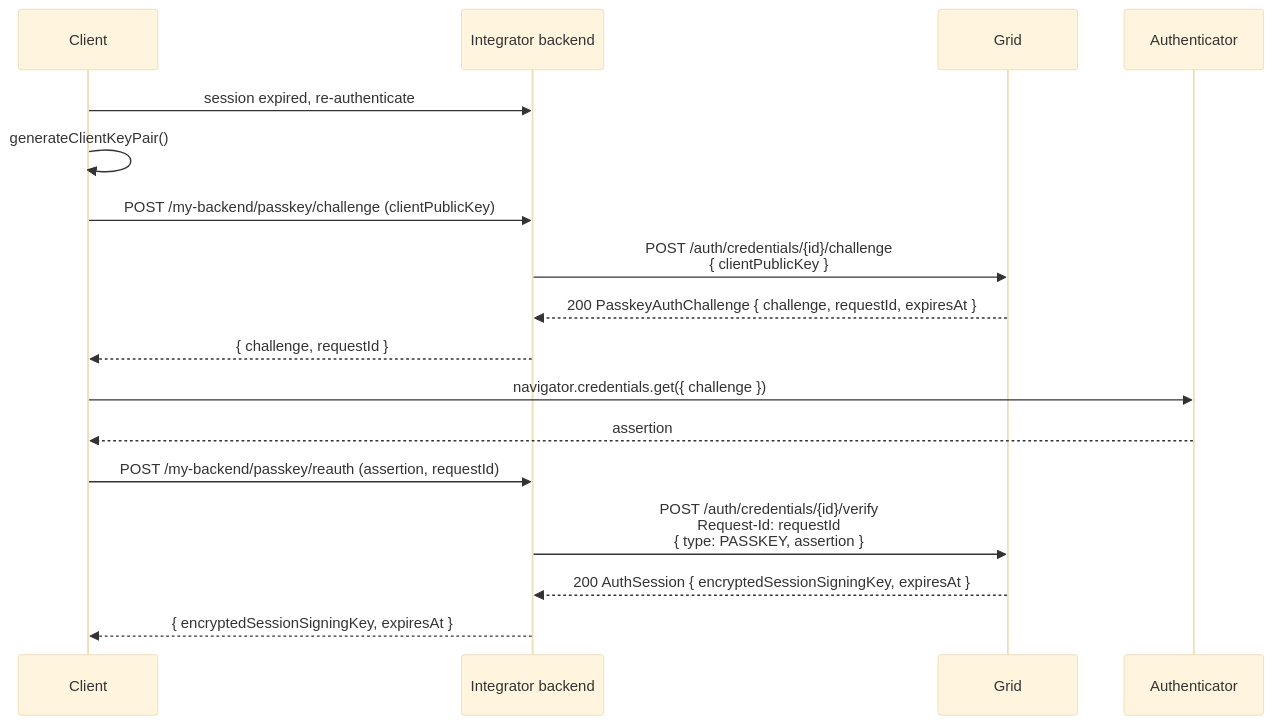
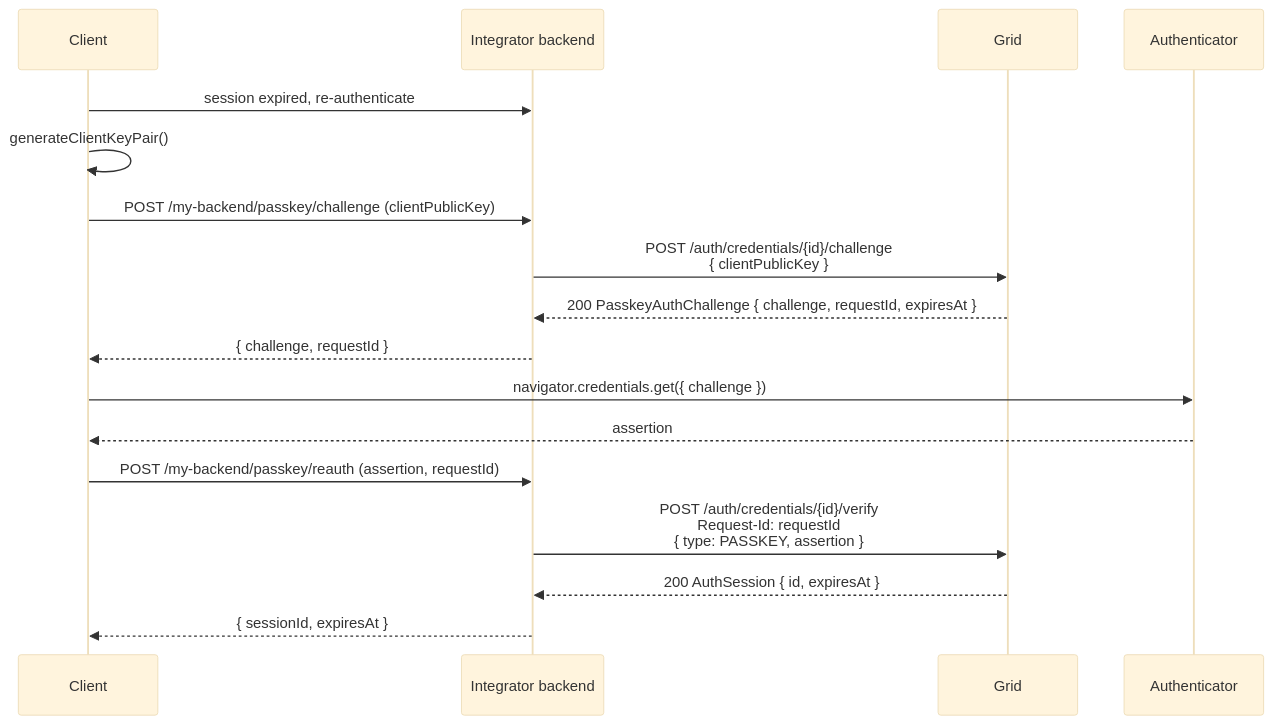
The second of 5 diagrams in mintlify/snippets/global-accounts/authentication.mdx (lightsparkdev/grid-api), drawn with Mermaid (base theme) before and after one commit. The commit also changed other lines of this file and 15 other files, not shown here.

First line of the commit message:
docs(global-accounts): drop the uncompressed-key session flow from the guides

````diff
--- a/mintlify/snippets/global-accounts/authentication.mdx
+++ b/mintlify/snippets/global-accounts/authentication.mdx
@@ -386,20 +386,20 @@
 ```mermaid
 sequenceDiagram
   participant C as Client
   participant IB as Integrator backend
   participant G as Grid
   participant A as Authenticator
 
   C->>IB: session expired, re-authenticate
   C->>C: generateClientKeyPair()
   C->>IB: POST /my-backend/passkey/challenge (clientPublicKey)
   IB->>G: POST /auth/credentials/{id}/challenge<br/>{ clientPublicKey }
   G-->>IB: 200 PasskeyAuthChallenge { challenge, requestId, expiresAt }
   IB-->>C: { challenge, requestId }
   C->>A: navigator.credentials.get({ challenge })
   A-->>C: assertion
   C->>IB: POST /my-backend/passkey/reauth (assertion, requestId)
   IB->>G: POST /auth/credentials/{id}/verify<br/>Request-Id: requestId<br/>{ type: PASSKEY, assertion }
-  G-->>IB: 200 AuthSession { encryptedSessionSigningKey, expiresAt }
-  IB-->>C: { encryptedSessionSigningKey, expiresAt }
+  G-->>IB: 200 AuthSession { id, expiresAt }
+  IB-->>C: { sessionId, expiresAt }
 ```
````
